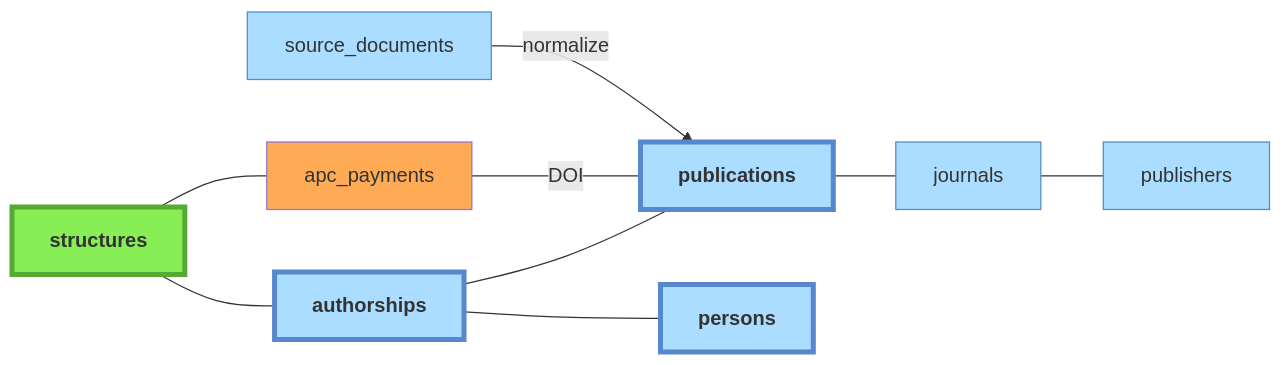
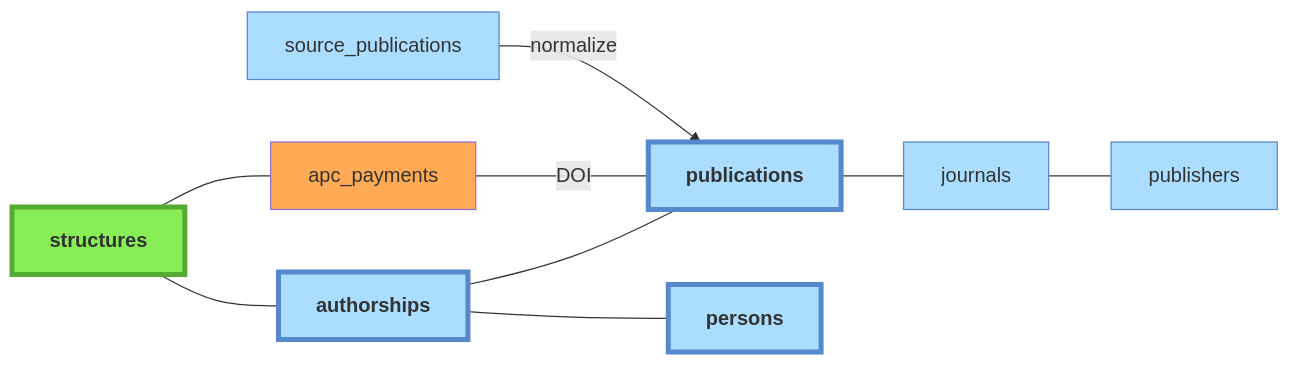
Before and after one commit to Y33sha/bibliometrie-uca: the fourth of 5 diagrams in docs/architecture.md, drawn with Mermaid. The commit also changed other lines of this file and 109 other files, not shown here.

First line of the commit message:
Renommer source_documents → source_publications, squash migrations

````diff
--- a/docs/architecture.md
+++ b/docs/architecture.md
@@ -191,21 +191,21 @@
 ```mermaid
 flowchart LR
     structures --- authorships
     authorships --- publications
     authorships --- persons
     structures --- apc_payments
     apc_payments ---|DOI| publications
-    source_documents-->|normalize|publications
+    source_publications-->|normalize|publications
     publications---journals
     journals---publishers
         
     classDef manuel  fill:#8e5,stroke:#5a3
     class structures,structure_name_forms,perimeters,structure_relations manuel;
     classDef csv fill:#fa5
     class apc_payments csv
     classDef auto fill:#adf,stroke:#58c
-    class source_documents,publications,journals,publishers,authorships,persons auto
+    class source_publications,publications,journals,publishers,authorships,persons auto
     classDef main stroke-width:4px,font-weight:bold
     class structures,publications,persons,authorships main
 
 ```
````
